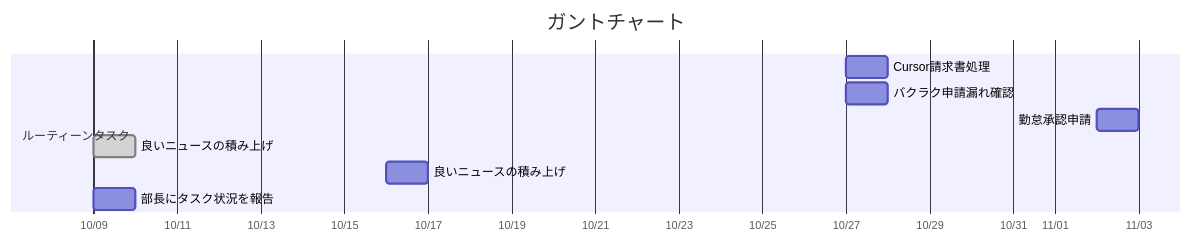
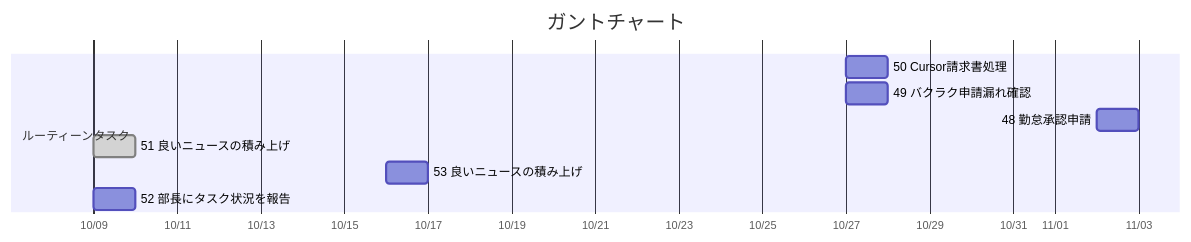
The diagram in tasks/ガントチャート.md (FLNYoshidaRyuta/task_management), drawn with Mermaid before and after one commit. The commit also changed 65 other files, not shown here.

````diff
--- a/tasks/ガントチャート.md
+++ b/tasks/ガントチャート.md
@@ -3,14 +3,14 @@
 ```mermaid
 %%{init: {'themeCSS': 'rect[id*=rel] { fill: #c2410c !important; stroke: #9a3412 !important; }'}}%%
 gantt
     title ガントチャート
     dateFormat YYYY-MM-DD
     axisFormat %m/%d
     section ルーティーンタスク
-    Cursor請求書処理 :t1, 2026-10-27, 1d
-    バクラク申請漏れ確認 :t2, 2026-10-27, 1d
-    勤怠承認申請 :t3, 2026-11-02, 1d
-    良いニュースの積み上げ :done, t4, 2026-10-09, 1d
-    良いニュースの積み上げ :t5, 2026-10-16, 1d
-    部長にタスク状況を報告 :t6, 2026-10-09, 1d
+    50 Cursor請求書処理 :t1, 2026-10-27, 1d
+    49 バクラク申請漏れ確認 :t2, 2026-10-27, 1d
+    48 勤怠承認申請 :t3, 2026-11-02, 1d
+    51 良いニュースの積み上げ :done, t4, 2026-10-09, 1d
+    53 良いニュースの積み上げ :t5, 2026-10-16, 1d
+    52 部長にタスク状況を報告 :t6, 2026-10-09, 1d
 ```
````
